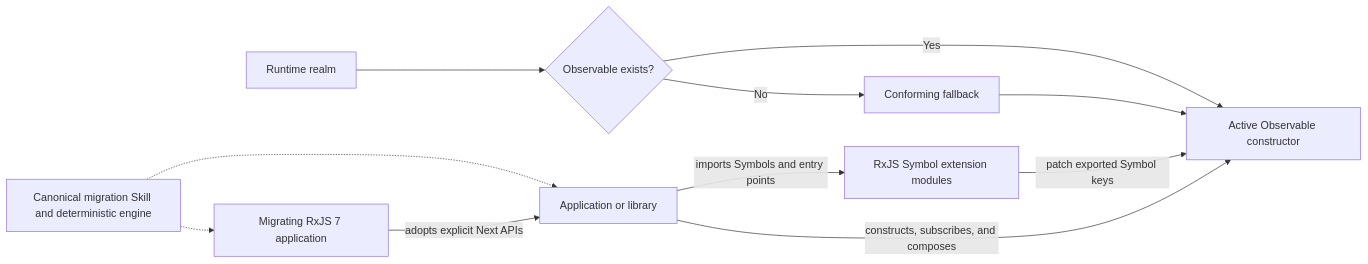
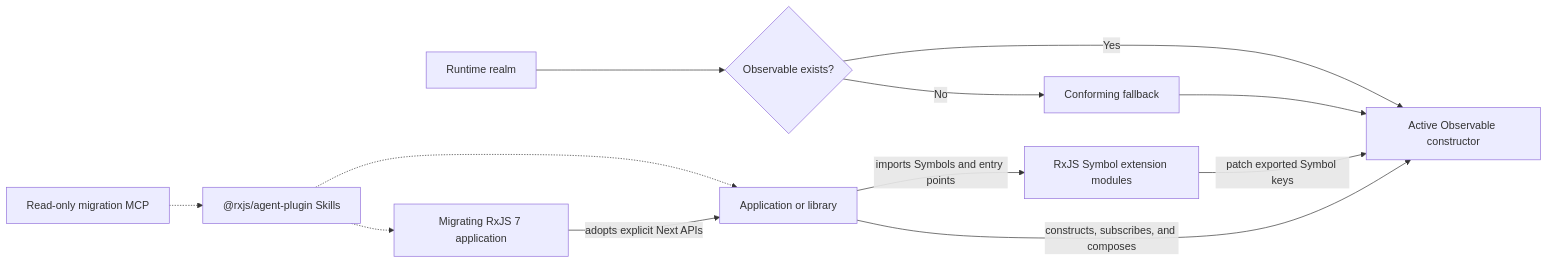
The first of 3 diagrams in docs/rxjs-next/ARCHITECTURE.md (ReactiveX/rxjs), drawn with Mermaid before and after one commit. The commit also changed other lines of this file and 5 other files, not shown here.

Commit message:
docs(agent-plugin): record plugin architecture

````diff
--- a/docs/rxjs-next/ARCHITECTURE.md
+++ b/docs/rxjs-next/ARCHITECTURE.md
@@ -49,15 +48,16 @@
 ```mermaid
 flowchart LR
     Runtime["Runtime realm"] --> Native{"Observable exists?"}
     Native -->|Yes| Active["Active Observable constructor"]
     Native -->|No| Polyfill["Conforming fallback"]
     Polyfill --> Active
 
     Extensions["RxJS Symbol extension modules"] -->|patch exported Symbol keys| Active
     App["Application or library"] -->|imports Symbols and entry points| Extensions
     App -->|constructs, subscribes, and composes| Active
 
-    Tooling["Canonical migration Skill and deterministic engine"] -.-> App
+    Tooling["@rxjs/agent-plugin Skills"] -.-> App
+    MCP["Read-only migration MCP"] -.-> Tooling
     Legacy["Migrating RxJS 7 application"] -->|adopts explicit Next APIs| App
     Tooling -.-> Legacy
 ```
````
